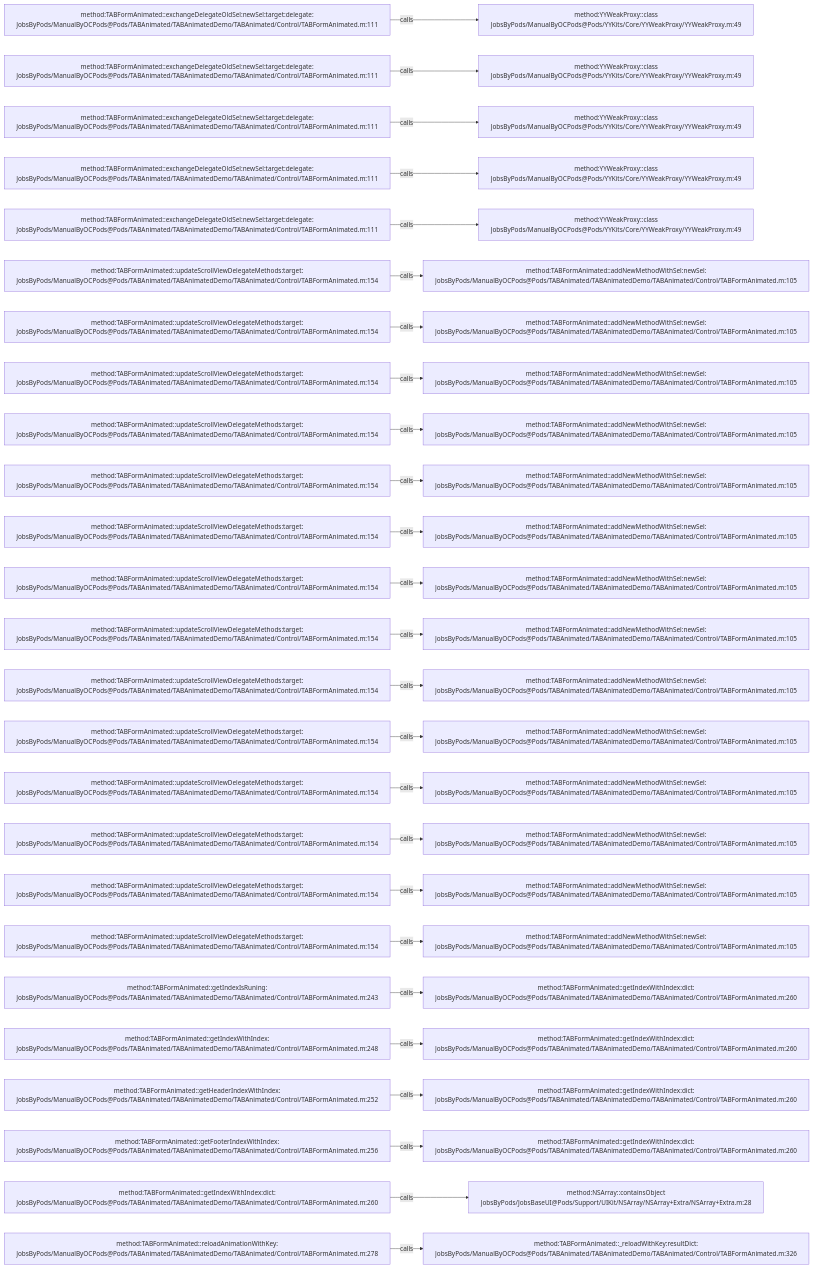
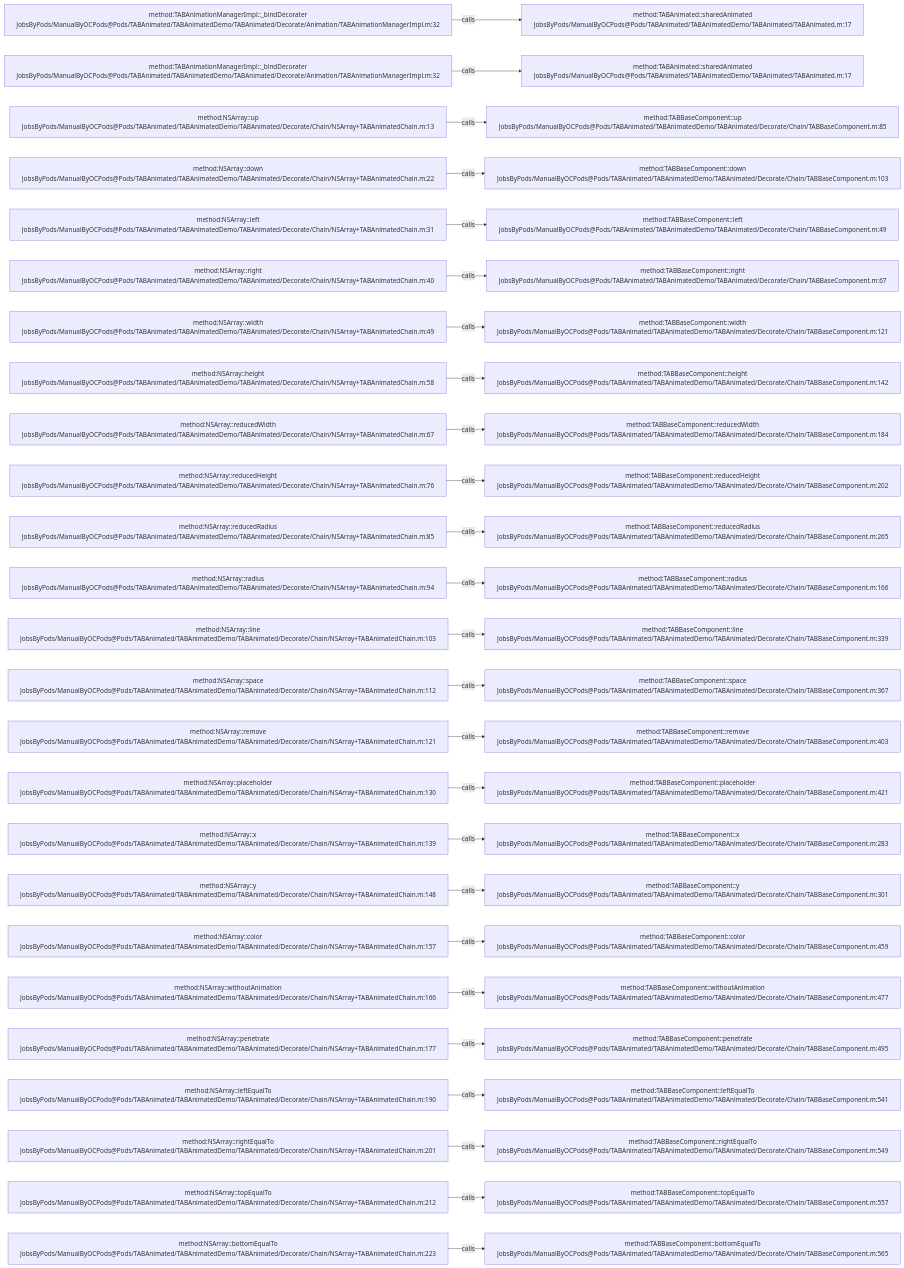
Before and after one commit to JobsKits/JobsOCBaseConfigDemo: the diagram in .codegraph/codegraph.md/graphs/calls-032.md, drawn with Mermaid. The commit also changed 1223 other files, not shown here.

````diff
--- a/.codegraph/codegraph.md/graphs/calls-032.md
+++ b/.codegraph/codegraph.md/graphs/calls-032.md
@@ -13,78 +13,78 @@
 ```mermaid
 flowchart LR
-  S1["method:TABFormAnimated::exchangeDelegateOldSel:newSel:target:delegate:<br/>JobsByPods/ManualByOCPods@Pods/TABAnimated/TABAnimatedDemo/TABAnimated/Control/TABFormAnimated.m:111"]
-  T1["method:YYWeakProxy::class<br/>JobsByPods/ManualByOCPods@Pods/YYKits/Core/YYWeakProxy/YYWeakProxy.m:49"]
+  S1["method:TABAnimationManagerImpl::_bindDecorater<br/>JobsByPods/ManualByOCPods@Pods/TABAnimated/TABAnimatedDemo/TABAnimated/Decorate/Animation/TABAnimationManagerImpl.m:32"]
+  T1["method:TABAnimated::sharedAnimated<br/>JobsByPods/ManualByOCPods@Pods/TABAnimated/TABAnimatedDemo/TABAnimated/TABAnimated.m:17"]
   S1 -->|calls| T1
-  S2["method:TABFormAnimated::exchangeDelegateOldSel:newSel:target:delegate:<br/>JobsByPods/ManualByOCPods@Pods/TABAnimated/TABAnimatedDemo/TABAnimated/Control/TABFormAnimated.m:111"]
-  T2["method:YYWeakProxy::class<br/>JobsByPods/ManualByOCPods@Pods/YYKits/Core/YYWeakProxy/YYWeakProxy.m:49"]
+  S2["method:TABAnimationManagerImpl::_bindDecorater<br/>JobsByPods/ManualByOCPods@Pods/TABAnimated/TABAnimatedDemo/TABAnimated/Decorate/Animation/TABAnimationManagerImpl.m:32"]
+  T2["method:TABAnimated::sharedAnimated<br/>JobsByPods/ManualByOCPods@Pods/TABAnimated/TABAnimatedDemo/TABAnimated/TABAnimated.m:17"]
   S2 -->|calls| T2
-  S3["method:TABFormAnimated::exchangeDelegateOldSel:newSel:target:delegate:<br/>JobsByPods/ManualByOCPods@Pods/TABAnimated/TABAnimatedDemo/TABAnimated/Control/TABFormAnimated.m:111"]
-  T3["method:YYWeakProxy::class<br/>JobsByPods/ManualByOCPods@Pods/YYKits/Core/YYWeakProxy/YYWeakProxy.m:49"]
+  S3["method:NSArray::up<br/>JobsByPods/ManualByOCPods@Pods/TABAnimated/TABAnimatedDemo/TABAnimated/Decorate/Chain/NSArray+TABAnimatedChain.m:13"]
+  T3["method:TABBaseComponent::up<br/>JobsByPods/ManualByOCPods@Pods/TABAnimated/TABAnimatedDemo/TABAnimated/Decorate/Chain/TABBaseComponent.m:85"]
   S3 -->|calls| T3
-  S4["method:TABFormAnimated::exchangeDelegateOldSel:newSel:target:delegate:<br/>JobsByPods/ManualByOCPods@Pods/TABAnimated/TABAnimatedDemo/TABAnimated/Control/TABFormAnimated.m:111"]
-  T4["method:YYWeakProxy::class<br/>JobsByPods/ManualByOCPods@Pods/YYKits/Core/YYWeakProxy/YYWeakProxy.m:49"]
+  S4["method:NSArray::down<br/>JobsByPods/ManualByOCPods@Pods/TABAnimated/TABAnimatedDemo/TABAnimated/Decorate/Chain/NSArray+TABAnimatedChain.m:22"]
+  T4["method:TABBaseComponent::down<br/>JobsByPods/ManualByOCPods@Pods/TABAnimated/TABAnimatedDemo/TABAnimated/Decorate/Chain/TABBaseComponent.m:103"]
   S4 -->|calls| T4
-  S5["method:TABFormAnimated::exchangeDelegateOldSel:newSel:target:delegate:<br/>JobsByPods/ManualByOCPods@Pods/TABAnimated/TABAnimatedDemo/TABAnimated/Control/TABFormAnimated.m:111"]
-  T5["method:YYWeakProxy::class<br/>JobsByPods/ManualByOCPods@Pods/YYKits/Core/YYWeakProxy/YYWeakProxy.m:49"]
+  S5["method:NSArray::left<br/>JobsByPods/ManualByOCPods@Pods/TABAnimated/TABAnimatedDemo/TABAnimated/Decorate/Chain/NSArray+TABAnimatedChain.m:31"]
+  T5["method:TABBaseComponent::left<br/>JobsByPods/ManualByOCPods@Pods/TABAnimated/TABAnimatedDemo/TABAnimated/Decorate/Chain/TABBaseComponent.m:49"]
   S5 -->|calls| T5
-  S6["method:TABFormAnimated::updateScrollViewDelegateMethods:target:<br/>JobsByPods/ManualByOCPods@Pods/TABAnimated/TABAnimatedDemo/TABAnimated/Control/TABFormAnimated.m:154"]
-  T6["method:TABFormAnimated::addNewMethodWithSel:newSel:<br/>JobsByPods/ManualByOCPods@Pods/TABAnimated/TABAnimatedDemo/TABAnimated/Control/TABFormAnimated.m:105"]
+  S6["method:NSArray::right<br/>JobsByPods/ManualByOCPods@Pods/TABAnimated/TABAnimatedDemo/TABAnimated/Decorate/Chain/NSArray+TABAnimatedChain.m:40"]
+  T6["method:TABBaseComponent::right<br/>JobsByPods/ManualByOCPods@Pods/TABAnimated/TABAnimatedDemo/TABAnimated/Decorate/Chain/TABBaseComponent.m:67"]
   S6 -->|calls| T6
-  S7["method:TABFormAnimated::updateScrollViewDelegateMethods:target:<br/>JobsByPods/ManualByOCPods@Pods/TABAnimated/TABAnimatedDemo/TABAnimated/Control/TABFormAnimated.m:154"]
-  T7["method:TABFormAnimated::addNewMethodWithSel:newSel:<br/>JobsByPods/ManualByOCPods@Pods/TABAnimated/TABAnimatedDemo/TABAnimated/Control/TABFormAnimated.m:105"]
+  S7["method:NSArray::width<br/>JobsByPods/ManualByOCPods@Pods/TABAnimated/TABAnimatedDemo/TABAnimated/Decorate/Chain/NSArray+TABAnimatedChain.m:49"]
+  T7["method:TABBaseComponent::width<br/>JobsByPods/ManualByOCPods@Pods/TABAnimated/TABAnimatedDemo/TABAnimated/Decorate/Chain/TABBaseComponent.m:121"]
   S7 -->|calls| T7
-  S8["method:TABFormAnimated::updateScrollViewDelegateMethods:target:<br/>JobsByPods/ManualByOCPods@Pods/TABAnimated/TABAnimatedDemo/TABAnimated/Control/TABFormAnimated.m:154"]
-  T8["method:TABFormAnimated::addNewMethodWithSel:newSel:<br/>JobsByPods/ManualByOCPods@Pods/TABAnimated/TABAnimatedDemo/TABAnimated/Control/TABFormAnimated.m:105"]
+  S8["method:NSArray::height<br/>JobsByPods/ManualByOCPods@Pods/TABAnimated/TABAnimatedDemo/TABAnimated/Decorate/Chain/NSArray+TABAnimatedChain.m:58"]
+  T8["method:TABBaseComponent::height<br/>JobsByPods/ManualByOCPods@Pods/TABAnimated/TABAnimatedDemo/TABAnimated/Decorate/Chain/TABBaseComponent.m:142"]
   S8 -->|calls| T8
-  S9["method:TABFormAnimated::updateScrollViewDelegateMethods:target:<br/>JobsByPods/ManualByOCPods@Pods/TABAnimated/TABAnimatedDemo/TABAnimated/Control/TABFormAnimated.m:154"]
-  T9["method:TABFormAnimated::addNewMethodWithSel:newSel:<br/>JobsByPods/ManualByOCPods@Pods/TABAnimated/TABAnimatedDemo/TABAnimated/Control/TABFormAnimated.m:105"]
+  S9["method:NSArray::reducedWidth<br/>JobsByPods/ManualByOCPods@Pods/TABAnimated/TABAnimatedDemo/TABAnimated/Decorate/Chain/NSArray+TABAnimatedChain.m:67"]
+  T9["method:TABBaseComponent::reducedWidth<br/>JobsByPods/ManualByOCPods@Pods/TABAnimated/TABAnimatedDemo/TABAnimated/Decorate/Chain/TABBaseComponent.m:184"]
   S9 -->|calls| T9
-  S10["method:TABFormAnimated::updateScrollViewDelegateMethods:target:<br/>JobsByPods/ManualByOCPods@Pods/TABAnimated/TABAnimatedDemo/TABAnimated/Control/TABFormAnimated.m:154"]
-  T10["method:TABFormAnimated::addNewMethodWithSel:newSel:<br/>JobsByPods/ManualByOCPods@Pods/TABAnimated/TABAnimatedDemo/TABAnimated/Control/TABFormAnimated.m:105"]
+  S10["method:NSArray::reducedHeight<br/>JobsByPods/ManualByOCPods@Pods/TABAnimated/TABAnimatedDemo/TABAnimated/Decorate/Chain/NSArray+TABAnimatedChain.m:76"]
+  T10["method:TABBaseComponent::reducedHeight<br/>JobsByPods/ManualByOCPods@Pods/TABAnimated/TABAnimatedDemo/TABAnimated/Decorate/Chain/TABBaseComponent.m:202"]
   S10 -->|calls| T10
-  S11["method:TABFormAnimated::updateScrollViewDelegateMethods:target:<br/>JobsByPods/ManualByOCPods@Pods/TABAnimated/TABAnimatedDemo/TABAnimated/Control/TABFormAnimated.m:154"]
-  T11["method:TABFormAnimated::addNewMethodWithSel:newSel:<br/>JobsByPods/ManualByOCPods@Pods/TABAnimated/TABAnimatedDemo/TABAnimated/Control/TABFormAnimated.m:105"]
+  S11["method:NSArray::reducedRadius<br/>JobsByPods/ManualByOCPods@Pods/TABAnimated/TABAnimatedDemo/TABAnimated/Decorate/Chain/NSArray+TABAnimatedChain.m:85"]
+  T11["method:TABBaseComponent::reducedRadius<br/>JobsByPods/ManualByOCPods@Pods/TABAnimated/TABAnimatedDemo/TABAnimated/Decorate/Chain/TABBaseComponent.m:265"]
   S11 -->|calls| T11
-  S12["method:TABFormAnimated::updateScrollViewDelegateMethods:target:<br/>JobsByPods/ManualByOCPods@Pods/TABAnimated/TABAnimatedDemo/TABAnimated/Control/TABFormAnimated.m:154"]
-  T12["method:TABFormAnimated::addNewMethodWithSel:newSel:<br/>JobsByPods/ManualByOCPods@Pods/TABAnimated/TABAnimatedDemo/TABAnimated/Control/TABFormAnimated.m:105"]
+  S12["method:NSArray::radius<br/>JobsByPods/ManualByOCPods@Pods/TABAnimated/TABAnimatedDemo/TABAnimated/Decorate/Chain/NSArray+TABAnimatedChain.m:94"]
+  T12["method:TABBaseComponent::radius<br/>JobsByPods/ManualByOCPods@Pods/TABAnimated/TABAnimatedDemo/TABAnimated/Decorate/Chain/TABBaseComponent.m:166"]
   S12 -->|calls| T12
-  S13["method:TABFormAnimated::updateScrollViewDelegateMethods:target:<br/>JobsByPods/ManualByOCPods@Pods/TABAnimated/TABAnimatedDemo/TABAnimated/Control/TABFormAnimated.m:154"]
-  T13["method:TABFormAnimated::addNewMethodWithSel:newSel:<br/>JobsByPods/ManualByOCPods@Pods/TABAnimated/TABAnimatedDemo/TABAnimated/Control/TABFormAnimated.m:105"]
+  S13["method:NSArray::line<br/>JobsByPods/ManualByOCPods@Pods/TABAnimated/TABAnimatedDemo/TABAnimated/Decorate/Chain/NSArray+TABAnimatedChain.m:103"]
+  T13["method:TABBaseComponent::line<br/>JobsByPods/ManualByOCPods@Pods/TABAnimated/TABAnimatedDemo/TABAnimated/Decorate/Chain/TABBaseComponent.m:339"]
   S13 -->|calls| T13
-  S14["method:TABFormAnimated::updateScrollViewDelegateMethods:target:<br/>JobsByPods/ManualByOCPods@Pods/TABAnimated/TABAnimatedDemo/TABAnimated/Control/TABFormAnimated.m:154"]
-  T14["method:TABFormAnimated::addNewMethodWithSel:newSel:<br/>JobsByPods/ManualByOCPods@Pods/TABAnimated/TABAnimatedDemo/TABAnimated/Control/TABFormAnimated.m:105"]
+  S14["method:NSArray::space<br/>JobsByPods/ManualByOCPods@Pods/TABAnimated/TABAnimatedDemo/TABAnimated/Decorate/Chain/NSArray+TABAnimatedChain.m:112"]
+  T14["method:TABBaseComponent::space<br/>JobsByPods/ManualByOCPods@Pods/TABAnimated/TABAnimatedDemo/TABAnimated/Decorate/Chain/TABBaseComponent.m:367"]
   S14 -->|calls| T14
-  S15["method:TABFormAnimated::updateScrollViewDelegateMethods:target:<br/>JobsByPods/ManualByOCPods@Pods/TABAnimated/TABAnimatedDemo/TABAnimated/Control/TABFormAnimated.m:154"]
-  T15["method:TABFormAnimated::addNewMethodWithSel:newSel:<br/>JobsByPods/ManualByOCPods@Pods/TABAnimated/TABAnimatedDemo/TABAnimated/Control/TABFormAnimated.m:105"]
+  S15["method:NSArray::remove<br/>JobsByPods/ManualByOCPods@Pods/TABAnimated/TABAnimatedDemo/TABAnimated/Decorate/Chain/NSArray+TABAnimatedChain.m:121"]
+  T15["method:TABBaseComponent::remove<br/>JobsByPods/ManualByOCPods@Pods/TABAnimated/TABAnimatedDemo/TABAnimated/Decorate/Chain/TABBaseComponent.m:403"]
   S15 -->|calls| T15
-  S16["method:TABFormAnimated::updateScrollViewDelegateMethods:target:<br/>JobsByPods/ManualByOCPods@Pods/TABAnimated/TABAnimatedDemo/TABAnimated/Control/TABFormAnimated.m:154"]
-  T16["method:TABFormAnimated::addNewMethodWithSel:newSel:<br/>JobsByPods/ManualByOCPods@Pods/TABAnimated/TABAnimatedDemo/TABAnimated/Control/TABFormAnimated.m:105"]
+  S16["method:NSArray::placeholder<br/>JobsByPods/ManualByOCPods@Pods/TABAnimated/TABAnimatedDemo/TABAnimated/Decorate/Chain/NSArray+TABAnimatedChain.m:130"]
+  T16["method:TABBaseComponent::placeholder<br/>JobsByPods/ManualByOCPods@Pods/TABAnimated/TABAnimatedDemo/TABAnimated/Decorate/Chain/TABBaseComponent.m:421"]
   S16 -->|calls| T16
-  S17["method:TABFormAnimated::updateScrollViewDelegateMethods:target:<br/>JobsByPods/ManualByOCPods@Pods/TABAnimated/TABAnimatedDemo/TABAnimated/Control/TABFormAnimated.m:154"]
-  T17["method:TABFormAnimated::addNewMethodWithSel:newSel:<br/>JobsByPods/ManualByOCPods@Pods/TABAnimated/TABAnimatedDemo/TABAnimated/Control/TABFormAnimated.m:105"]
+  S17["method:NSArray::x<br/>JobsByPods/ManualByOCPods@Pods/TABAnimated/TABAnimatedDemo/TABAnimated/Decorate/Chain/NSArray+TABAnimatedChain.m:139"]
+  T17["method:TABBaseComponent::x<br/>JobsByPods/ManualByOCPods@Pods/TABAnimated/TABAnimatedDemo/TABAnimated/Decorate/Chain/TABBaseComponent.m:283"]
   S17 -->|calls| T17
-  S18["method:TABFormAnimated::updateScrollViewDelegateMethods:target:<br/>JobsByPods/ManualByOCPods@Pods/TABAnimated/TABAnimatedDemo/TABAnimated/Control/TABFormAnimated.m:154"]
-  T18["method:TABFormAnimated::addNewMethodWithSel:newSel:<br/>JobsByPods/ManualByOCPods@Pods/TABAnimated/TABAnimatedDemo/TABAnimated/Control/TABFormAnimated.m:105"]
+  S18["method:NSArray::y<br/>JobsByPods/ManualByOCPods@Pods/TABAnimated/TABAnimatedDemo/TABAnimated/Decorate/Chain/NSArray+TABAnimatedChain.m:148"]
+  T18["method:TABBaseComponent::y<br/>JobsByPods/ManualByOCPods@Pods/TABAnimated/TABAnimatedDemo/TABAnimated/Decorate/Chain/TABBaseComponent.m:301"]
   S18 -->|calls| T18
-  S19["method:TABFormAnimated::updateScrollViewDelegateMethods:target:<br/>JobsByPods/ManualByOCPods@Pods/TABAnimated/TABAnimatedDemo/TABAnimated/Control/TABFormAnimated.m:154"]
-  T19["method:TABFormAnimated::addNewMethodWithSel:newSel:<br/>JobsByPods/ManualByOCPods@Pods/TABAnimated/TABAnimatedDemo/TABAnimated/Control/TABFormAnimated.m:105"]
+  S19["method:NSArray::color<br/>JobsByPods/ManualByOCPods@Pods/TABAnimated/TABAnimatedDemo/TABAnimated/Decorate/Chain/NSArray+TABAnimatedChain.m:157"]
+  T19["method:TABBaseComponent::color<br/>JobsByPods/ManualByOCPods@Pods/TABAnimated/TABAnimatedDemo/TABAnimated/Decorate/Chain/TABBaseComponent.m:459"]
   S19 -->|calls| T19
-  S20["method:TABFormAnimated::getIndexIsRuning:<br/>JobsByPods/ManualByOCPods@Pods/TABAnimated/TABAnimatedDemo/TABAnimated/Control/TABFormAnimated.m:243"]
-  T20["method:TABFormAnimated::getIndexWithIndex:dict:<br/>JobsByPods/ManualByOCPods@Pods/TABAnimated/TABAnimatedDemo/TABAnimated/Control/TABFormAnimated.m:260"]
+  S20["method:NSArray::withoutAnimation<br/>JobsByPods/ManualByOCPods@Pods/TABAnimated/TABAnimatedDemo/TABAnimated/Decorate/Chain/NSArray+TABAnimatedChain.m:166"]
+  T20["method:TABBaseComponent::withoutAnimation<br/>JobsByPods/ManualByOCPods@Pods/TABAnimated/TABAnimatedDemo/TABAnimated/Decorate/Chain/TABBaseComponent.m:477"]
   S20 -->|calls| T20
-  S21["method:TABFormAnimated::getIndexWithIndex:<br/>JobsByPods/ManualByOCPods@Pods/TABAnimated/TABAnimatedDemo/TABAnimated/Control/TABFormAnimated.m:248"]
-  T21["method:TABFormAnimated::getIndexWithIndex:dict:<br/>JobsByPods/ManualByOCPods@Pods/TABAnimated/TABAnimatedDemo/TABAnimated/Control/TABFormAnimated.m:260"]
+  S21["method:NSArray::penetrate<br/>JobsByPods/ManualByOCPods@Pods/TABAnimated/TABAnimatedDemo/TABAnimated/Decorate/Chain/NSArray+TABAnimatedChain.m:177"]
+  T21["method:TABBaseComponent::penetrate<br/>JobsByPods/ManualByOCPods@Pods/TABAnimated/TABAnimatedDemo/TABAnimated/Decorate/Chain/TABBaseComponent.m:495"]
   S21 -->|calls| T21
-  S22["method:TABFormAnimated::getHeaderIndexWithIndex:<br/>JobsByPods/ManualByOCPods@Pods/TABAnimated/TABAnimatedDemo/TABAnimated/Control/TABFormAnimated.m:252"]
-  T22["method:TABFormAnimated::getIndexWithIndex:dict:<br/>JobsByPods/ManualByOCPods@Pods/TABAnimated/TABAnimatedDemo/TABAnimated/Control/TABFormAnimated.m:260"]
+  S22["method:NSArray::leftEqualTo<br/>JobsByPods/ManualByOCPods@Pods/TABAnimated/TABAnimatedDemo/TABAnimated/Decorate/Chain/NSArray+TABAnimatedChain.m:190"]
+  T22["method:TABBaseComponent::leftEqualTo<br/>JobsByPods/ManualByOCPods@Pods/TABAnimated/TABAnimatedDemo/TABAnimated/Decorate/Chain/TABBaseComponent.m:541"]
   S22 -->|calls| T22
-  S23["method:TABFormAnimated::getFooterIndexWithIndex:<br/>JobsByPods/ManualByOCPods@Pods/TABAnimated/TABAnimatedDemo/TABAnimated/Control/TABFormAnimated.m:256"]
-  T23["method:TABFormAnimated::getIndexWithIndex:dict:<br/>JobsByPods/ManualByOCPods@Pods/TABAnimated/TABAnimatedDemo/TABAnimated/Control/TABFormAnimated.m:260"]
+  S23["method:NSArray::rightEqualTo<br/>JobsByPods/ManualByOCPods@Pods/TABAnimated/TABAnimatedDemo/TABAnimated/Decorate/Chain/NSArray+TABAnimatedChain.m:201"]
+  T23["method:TABBaseComponent::rightEqualTo<br/>JobsByPods/ManualByOCPods@Pods/TABAnimated/TABAnimatedDemo/TABAnimated/Decorate/Chain/TABBaseComponent.m:549"]
   S23 -->|calls| T23
-  S24["method:TABFormAnimated::getIndexWithIndex:dict:<br/>JobsByPods/ManualByOCPods@Pods/TABAnimated/TABAnimatedDemo/TABAnimated/Control/TABFormAnimated.m:260"]
-  T24["method:NSArray::containsObject<br/>JobsByPods/JobsBaseUI@Pods/Support/UIKit/NSArray/NSArray+Extra/NSArray+Extra.m:28"]
+  S24["method:NSArray::topEqualTo<br/>JobsByPods/ManualByOCPods@Pods/TABAnimated/TABAnimatedDemo/TABAnimated/Decorate/Chain/NSArray+TABAnimatedChain.m:212"]
+  T24["method:TABBaseComponent::topEqualTo<br/>JobsByPods/ManualByOCPods@Pods/TABAnimated/TABAnimatedDemo/TABAnimated/Decorate/Chain/TABBaseComponent.m:557"]
   S24 -->|calls| T24
-  S25["method:TABFormAnimated::reloadAnimationWithKey:<br/>JobsByPods/ManualByOCPods@Pods/TABAnimated/TABAnimatedDemo/TABAnimated/Control/TABFormAnimated.m:278"]
-  T25["method:TABFormAnimated::_reloadWithKey:resultDict:<br/>JobsByPods/ManualByOCPods@Pods/TABAnimated/TABAnimatedDemo/TABAnimated/Control/TABFormAnimated.m:326"]
+  S25["method:NSArray::bottomEqualTo<br/>JobsByPods/ManualByOCPods@Pods/TABAnimated/TABAnimatedDemo/TABAnimated/Decorate/Chain/NSArray+TABAnimatedChain.m:223"]
+  T25["method:TABBaseComponent::bottomEqualTo<br/>JobsByPods/ManualByOCPods@Pods/TABAnimated/TABAnimatedDemo/TABAnimated/Decorate/Chain/TABBaseComponent.m:565"]
   S25 -->|calls| T25
 ```
````
